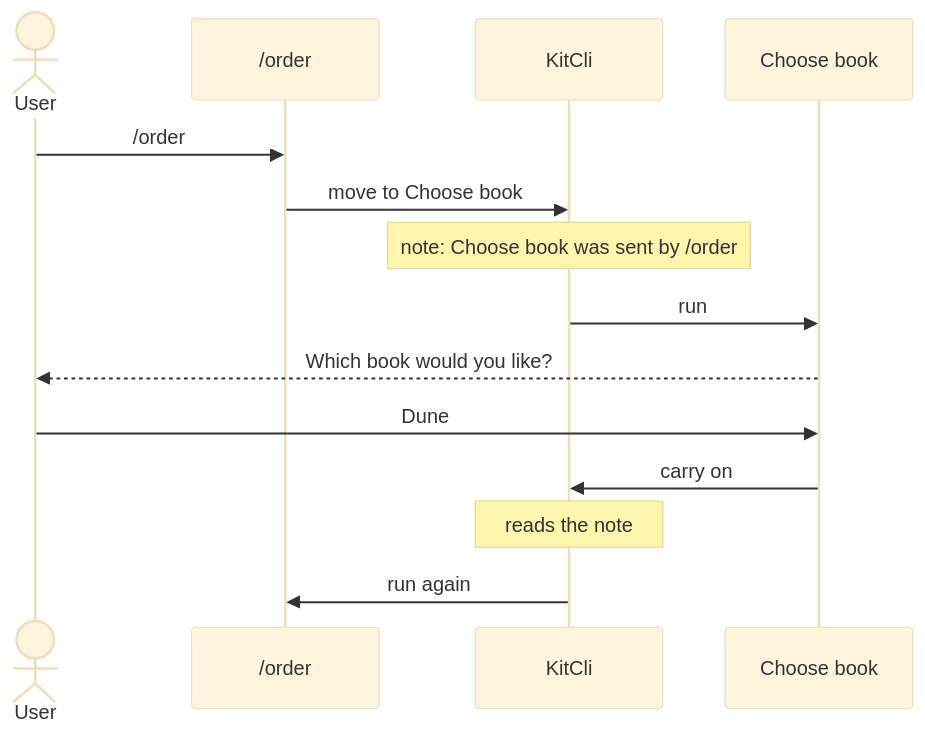
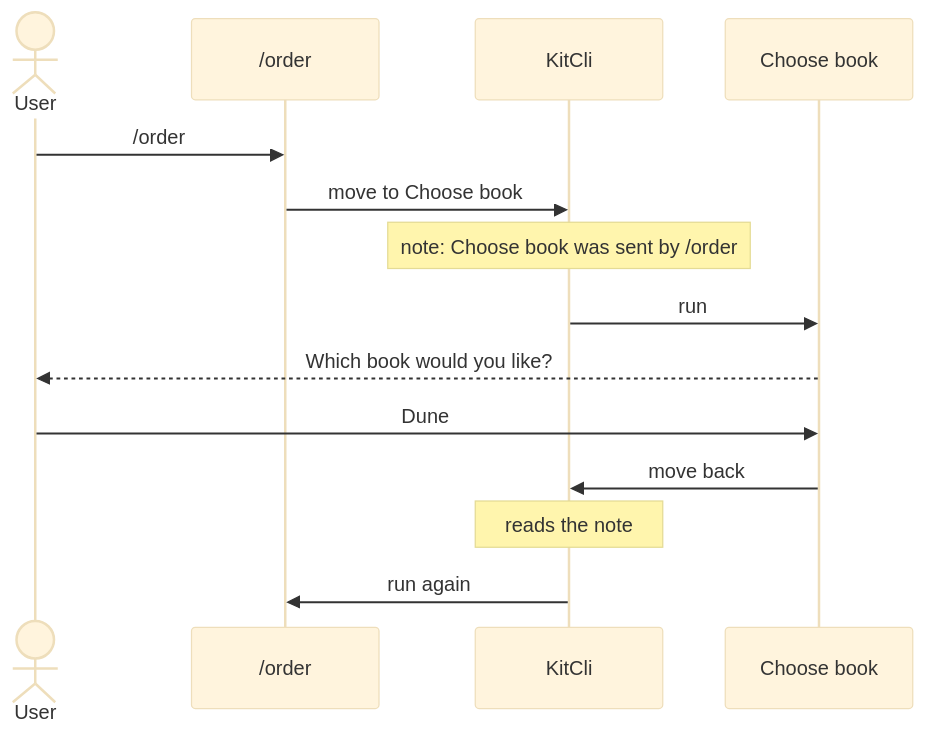
Before and after one commit to KitCli/KitCli: the second of 2 diagrams in docs/investigations/how-does-a-command-know-where-it-was-sent-from.md, drawn with Mermaid (base theme). The commit also changed other lines of this file and 1 other file, not shown here.

Commit message:
docs(workflow): name the move-back outcome ByMovingBackToPriorCommand

````diff
--- a/docs/investigations/how-does-a-command-know-where-it-was-sent-from.md
+++ b/docs/investigations/how-does-a-command-know-where-it-was-sent-from.md
@@ -62,16 +63,16 @@
 ```mermaid
 sequenceDiagram
     actor U as User
     participant E as /order
     participant K as KitCli
     participant C as Choose book
     U->>E: /order
     E->>K: move to Choose book
     Note over K: note: Choose book was sent by /order
     K->>C: run
     C-->>U: Which book would you like?
     U->>C: Dune
-    C->>K: carry on
+    C->>K: move back
     Note over K: reads the note
     K->>E: run again
 ```
````
